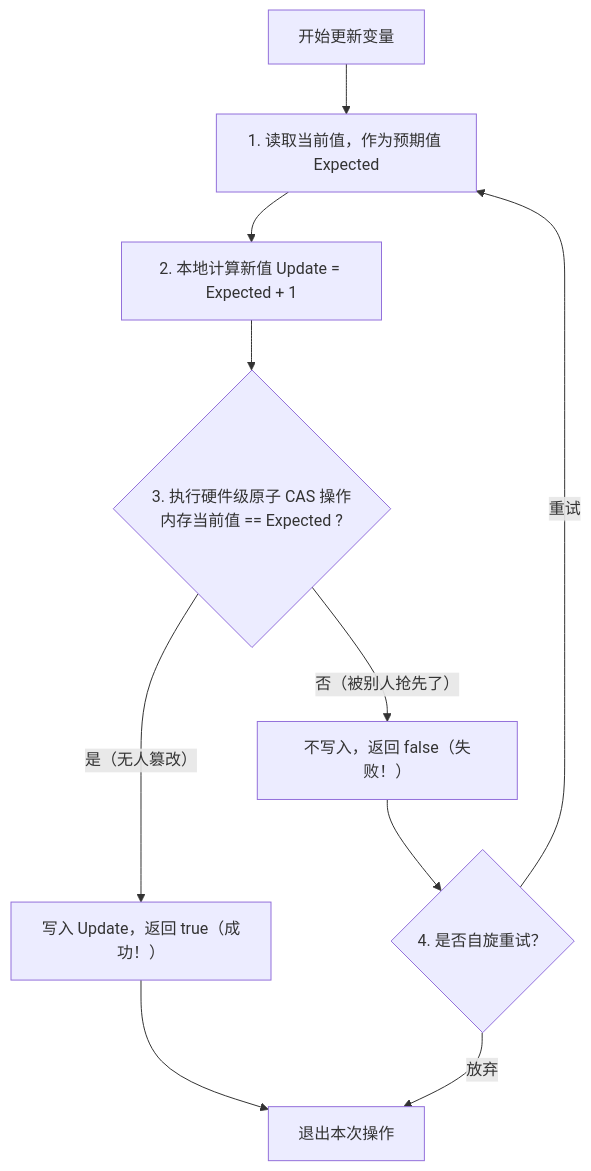
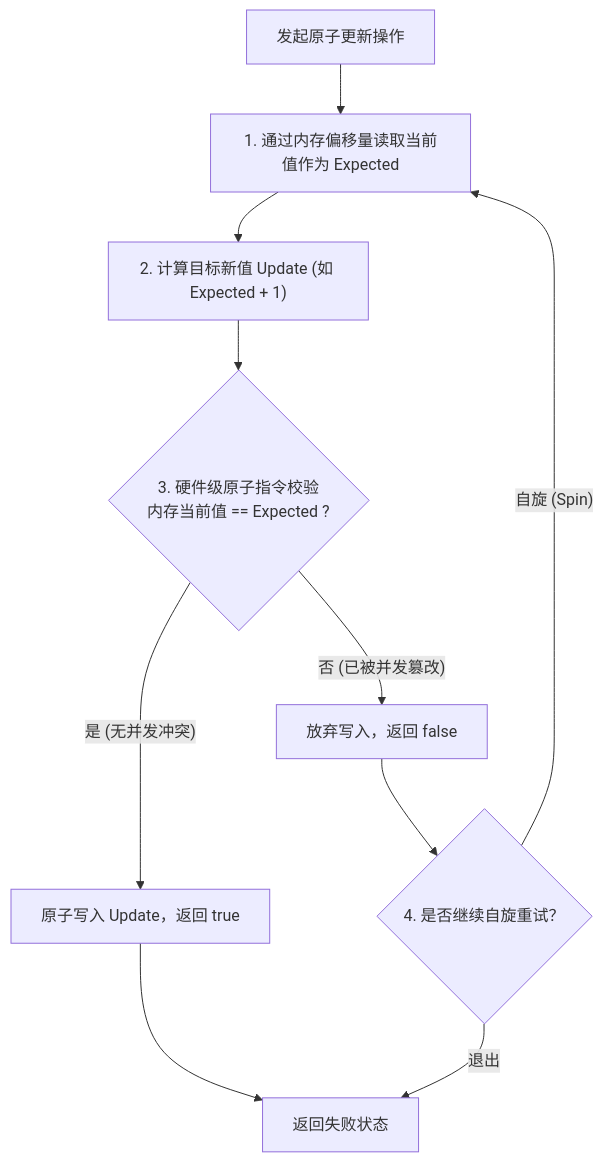
One commit to GuoWWWX/knowledge-base changed the first of 4 diagrams in 20-Java后端/03-并发编程/04-CAS与原子类.md. Above: the diagram before and after it, drawn with Mermaid. The commit also changed other lines of this file and 234 other files, not shown here.

````diff
--- a/20-Java后端/03-并发编程/04-CAS与原子类.md
+++ b/20-Java后端/03-并发编程/04-CAS与原子类.md
@@ -50,12 +31,12 @@
 ```mermaid
 flowchart TD
-    Start["开始更新变量"] --> Read["1. 读取当前值，作为预期值 Expected"]
-    Read --> Calc["2. 本地计算新值 Update = Expected + 1"]
-    Calc --> CAS{"3. 执行硬件级原子 CAS 操作<br/>内存当前值 == Expected ?"}
-    CAS -- "是（无人篡改）" --> Success["写入 Update，返回 true（成功！）"]
-    CAS -- "否（被别人抢先了）" --> Fail["不写入，返回 false（失败！）"]
-    Fail --> Retry{"4. 是否自旋重试？"}
-    Retry -- "重试" --> Read
-    Retry -- "放弃" --> End["退出本次操作"]
-    Success --> End
+    Start["发起原子更新操作"] --> Read["1. 通过内存偏移量读取当前值作为 Expected"]
+    Read --> Calc["2. 计算目标新值 Update (如 Expected + 1)"]
+    Calc --> CAS{"3. 硬件级原子指令校验<br/>内存当前值 == Expected ?"}
+    CAS -- "是 (无并发冲突)" --> Write["原子写入 Update，返回 true"]
+    CAS -- "否 (已被并发篡改)" --> Fail["放弃写入，返回 false"]
+    Fail --> SpinCheck{"4. 是否继续自旋重试？"}
+    SpinCheck -- "自旋 (Spin)" --> Read
+    SpinCheck -- "退出" --> Done["返回失败状态"]
+    Write --> Done
 ```
````
